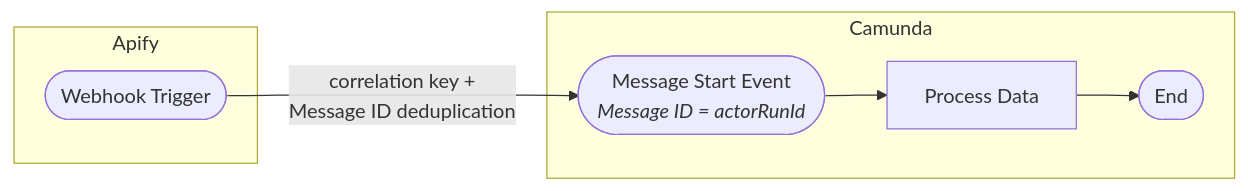
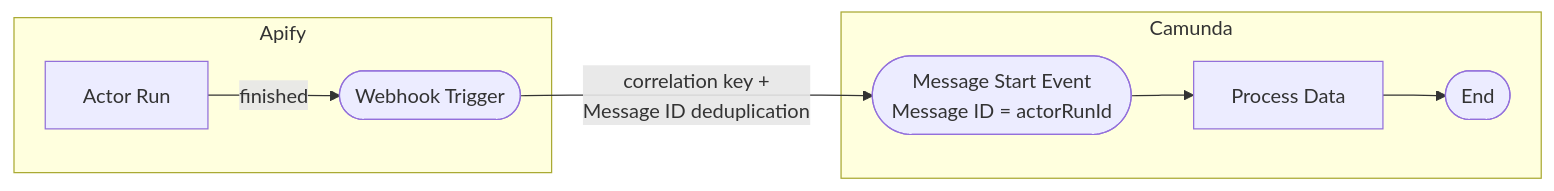
One commit to apify/apify-camunda-integration changed the second of 5 diagrams in CONTRIBUTING.md. Above: the diagram before and after it, drawn with Mermaid. The commit also changed other lines of this file and 1 other file, not shown here.

````diff
--- a/CONTRIBUTING.md
+++ b/CONTRIBUTING.md
@@ -285,12 +285,12 @@
 ```mermaid
 graph LR
     subgraph Apify
-        W([Webhook Trigger])
+        AR[Actor Run] -->|finished| W([Webhook Trigger])
     end
     subgraph Camunda
-        B(["Message Start Event<br/><i>Message ID = actorRunId</i>"])
+        B(["Message Start Event<br/>Message ID = actorRunId"])
         B --> C[Process Data]
         C --> D([End])
     end
     W -->|correlation key +<br/>Message ID deduplication| B
 ```
````
